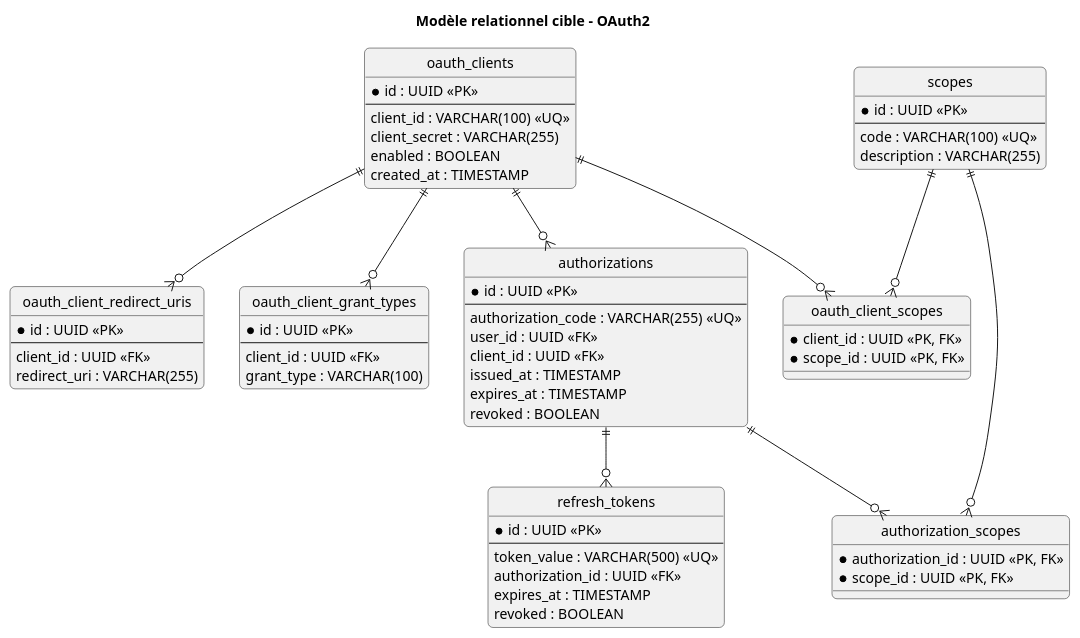
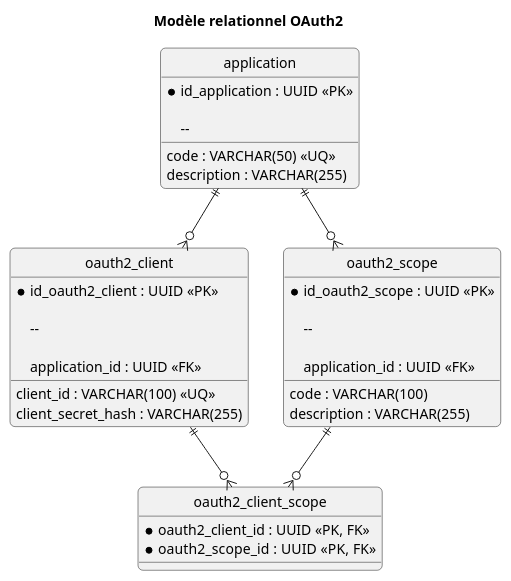
The diagram in docs/diagrams/database/relational-model-oauth2.puml (ThibaultCGI/auth-server), drawn with PlantUML before and after one commit. The commit also changed 340 other files, not shown here.

```diff
--- a/docs/diagrams/database/relational-model-oauth2.puml
+++ b/docs/diagrams/database/relational-model-oauth2.puml
@@ -1,79 +1,56 @@
 @startuml
-title Modèle relationnel cible - OAuth2
+title Modèle relationnel OAuth2
 
 hide circle
 skinparam shadowing false
 skinparam roundcorner 10
 
-entity "oauth_clients" as oauth_clients {
-    * id : UUID <<PK>>
+entity "application" as application {
+
+    * id_application : UUID <<PK>>
+
     --
-    client_id : VARCHAR(100) <<UQ>>
-    client_secret : VARCHAR(255)
-    enabled : BOOLEAN
-    created_at : TIMESTAMP
-}
 
-entity "oauth_client_redirect_uris" as oauth_client_redirect_uris {
-    * id : UUID <<PK>>
-    --
-    client_id : UUID <<FK>>
-    redirect_uri : VARCHAR(255)
-}
-
-entity "oauth_client_grant_types" as oauth_client_grant_types {
-    * id : UUID <<PK>>
-    --
-    client_id : UUID <<FK>>
-    grant_type : VARCHAR(100)
-}
-
-entity "scopes" as scopes {
-    * id : UUID <<PK>>
-    --
-    code : VARCHAR(100) <<UQ>>
+    code : VARCHAR(50) <<UQ>>
     description : VARCHAR(255)
 }
 
-entity "oauth_client_scopes" as oauth_client_scopes {
-    * client_id : UUID <<PK, FK>>
-    * scope_id : UUID <<PK, FK>>
+entity "oauth2_client" as oauth2_client {
+
+    * id_oauth2_client : UUID <<PK>>
+
+    --
+
+    application_id : UUID <<FK>>
+
+    client_id : VARCHAR(100) <<UQ>>
+    client_secret_hash : VARCHAR(255)
 }
 
-entity "authorizations" as authorizations {
-    * id : UUID <<PK>>
+entity "oauth2_scope" as oauth2_scope {
+
+    * id_oauth2_scope : UUID <<PK>>
+
     --
-    authorization_code : VARCHAR(255) <<UQ>>
-    user_id : UUID <<FK>>
-    client_id : UUID <<FK>>
-    issued_at : TIMESTAMP
-    expires_at : TIMESTAMP
-    revoked : BOOLEAN
+
+    application_id : UUID <<FK>>
+
+    code : VARCHAR(100)
+    description : VARCHAR(255)
 }
 
-entity "authorization_scopes" as authorization_scopes {
-    * authorization_id : UUID <<PK, FK>>
-    * scope_id : UUID <<PK, FK>>
+entity "oauth2_client_scope" as oauth2_client_scope {
+
+    * oauth2_client_id : UUID <<PK, FK>>
+    * oauth2_scope_id  : UUID <<PK, FK>>
 }
 
-entity "refresh_tokens" as refresh_tokens {
-    * id : UUID <<PK>>
-    --
-    token_value : VARCHAR(500) <<UQ>>
-    authorization_id : UUID <<FK>>
-    expires_at : TIMESTAMP
-    revoked : BOOLEAN
-}
+application ||--o{ oauth2_client
 
-oauth_clients ||--o{ oauth_client_redirect_uris
-oauth_clients ||--o{ oauth_client_grant_types
-oauth_clients ||--o{ oauth_client_scopes
-scopes ||--o{ oauth_client_scopes
+application ||--o{ oauth2_scope
 
-oauth_clients ||--o{ authorizations
-authorizations ||--o{ authorization_scopes
-scopes ||--o{ authorization_scopes
+oauth2_client ||--o{ oauth2_client_scope
 
-authorizations ||--o{ refresh_tokens
+oauth2_scope ||--o{ oauth2_client_scope
 
 @enduml
```
